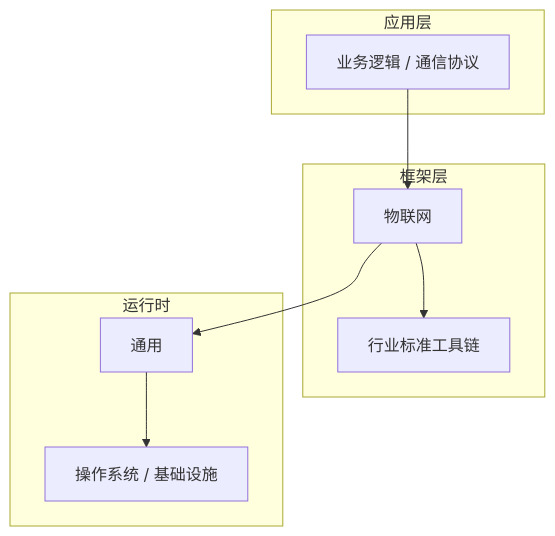
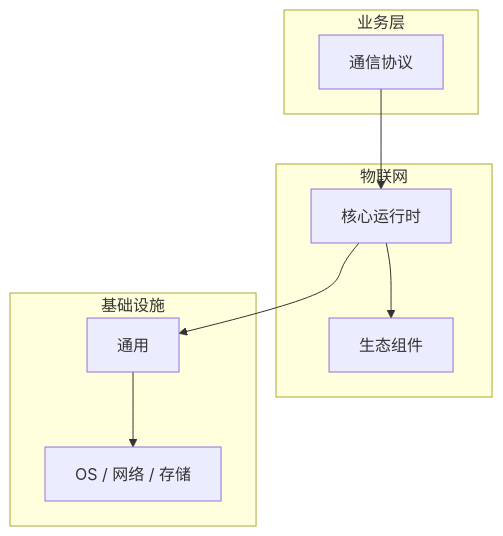
The diagram in articles/物联网/chapters/016-通信协议核心概念与原理.md (yanggan2015/knowledge-json-v2), drawn with Mermaid before and after one commit. The commit also changed other lines of this file and 10127 other files, not shown here.

````diff
--- a/articles/物联网/chapters/016-通信协议核心概念与原理.md
+++ b/articles/物联网/chapters/016-通信协议核心概念与原理.md
@@ -45,18 +30,18 @@
 ```mermaid
 graph TB
-    subgraph 应用层
-        A[业务逻辑 / 通信协议]
+    subgraph 业务层
+        A[通信协议]
     end
-    subgraph 框架层
-        B[物联网]
-        C[行业标准工具链]
+    subgraph 物联网
+        B[核心运行时]
+        C[生态组件]
     end
-    subgraph 运行时
+    subgraph 基础设施
         D[通用]
-        E[操作系统 / 基础设施]
+        E[OS / 网络 / 存储]
     end
     A --> B
     B --> C
     B --> D
     D --> E
 ```
````
